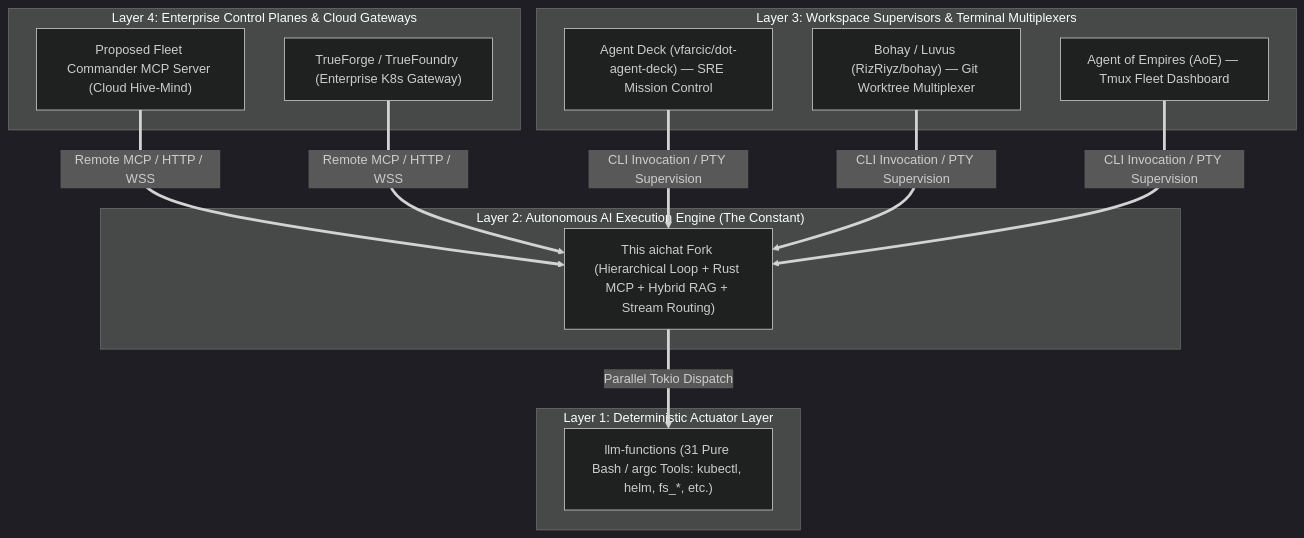
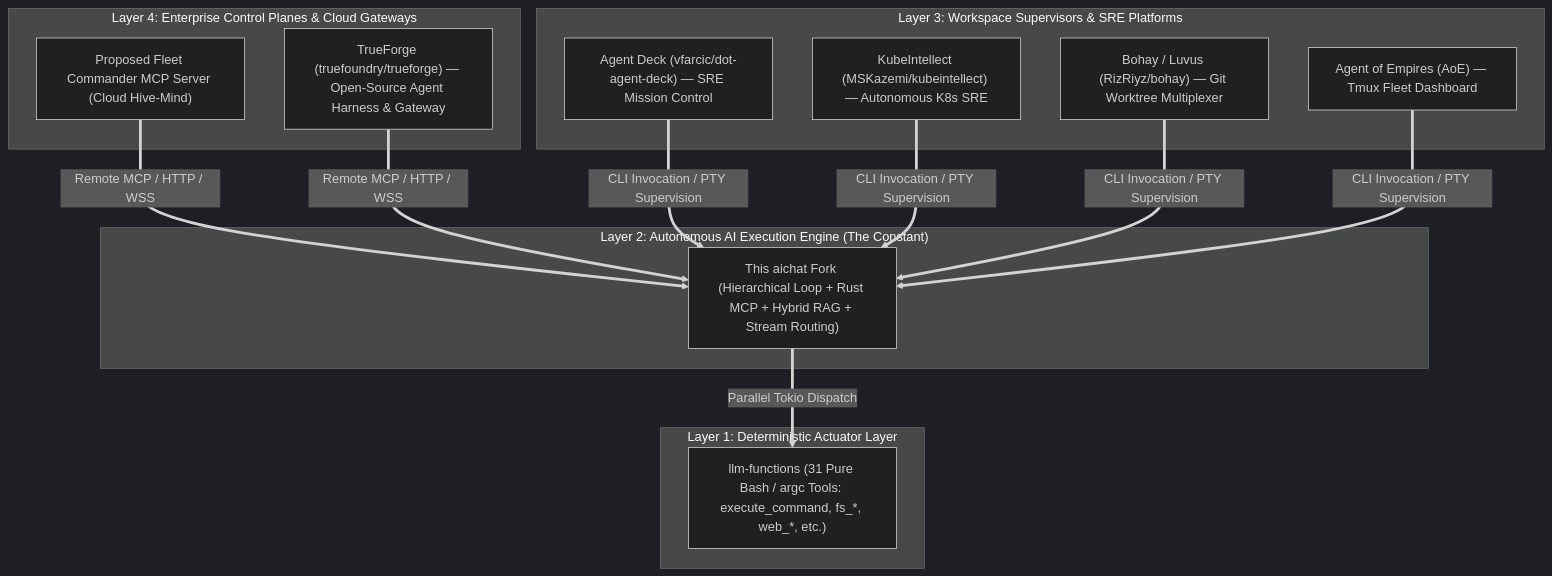
The first of 2 diagrams in .kiro/docs/sre-and-supervisory-landscape.md (fujibearly/Perry), drawn with Mermaid (dark theme) before and after one commit. The commit also changed other lines of this file and 1 other file, not shown here.

Commit message:
docs: record landscape analysis (TrueForge/KubeIntellect) and roadmap backlog items #18-#25

````diff
--- a/.kiro/docs/sre-and-supervisory-landscape.md
+++ b/.kiro/docs/sre-and-supervisory-landscape.md
@@ -9,25 +9,26 @@
 ```mermaid
 graph TD
     subgraph "Layer 4: Enterprise Control Planes & Cloud Gateways"
         L4_Fleet["Proposed Fleet Commander MCP Server (Cloud Hive-Mind)"]
-        L4_Forge["TrueForge / TrueFoundry (Enterprise K8s Gateway)"]
+        L4_Forge["TrueForge (truefoundry/trueforge) — Open-Source Agent Harness & Gateway"]
     end
 
-    subgraph "Layer 3: Workspace Supervisors & Terminal Multiplexers"
+    subgraph "Layer 3: Workspace Supervisors & SRE Platforms"
         L3_Deck["Agent Deck (vfarcic/dot-agent-deck) — SRE Mission Control"]
+        L3_KI["KubeIntellect (MSKazemi/kubeintellect) — Autonomous K8s SRE"]
         L3_Bohay["Bohay / Luvus (RizRiyz/bohay) — Git Worktree Multiplexer"]
         L3_AoE["Agent of Empires (AoE) — Tmux Fleet Dashboard"]
     end
 
     subgraph "Layer 2: Autonomous AI Execution Engine (The Constant)"
         L2_Aichat["This aichat Fork (Hierarchical Loop + Rust MCP + Hybrid RAG + Stream Routing)"]
     end
 
     subgraph "Layer 1: Deterministic Actuator Layer"
-        L1_Tools["llm-functions (31 Pure Bash / argc Tools: kubectl, helm, fs_*, etc.)"]
+        L1_Tools["llm-functions (31 Pure Bash / argc Tools: execute_command, fs_*, web_*, etc.)"]
     end
 
     L4_Fleet & L4_Forge ==>|Remote MCP / HTTP / WSS| L2_Aichat
-    L3_Deck & L3_Bohay & L3_AoE ==>|CLI Invocation / PTY Supervision| L2_Aichat
+    L3_Deck & L3_KI & L3_Bohay & L3_AoE ==>|CLI Invocation / PTY Supervision| L2_Aichat
     L2_Aichat ==>|Parallel Tokio Dispatch| L1_Tools
 ```
````
